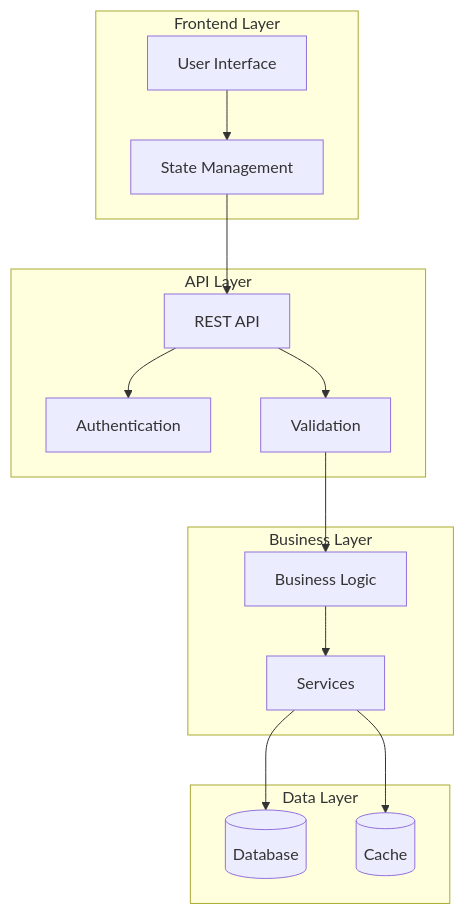
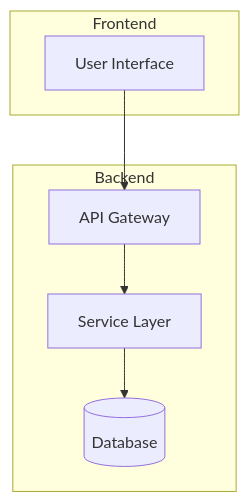
Before and after one commit to giovanemere/poc-icbs: the diagram in docs/architecture.md, drawn with Mermaid. The commit also changed other lines of this file and 4 other files, not shown here.

````diff
--- a/docs/architecture.md
+++ b/docs/architecture.md
@@ -9,32 +29,16 @@
 ```mermaid
 graph TB
-    subgraph "Frontend Layer"
+    subgraph "Frontend"
         UI[User Interface]
-        STATE[State Management]
     end
     
-    subgraph "API Layer"
-        API[REST API]
-        AUTH[Authentication]
-        VALID[Validation]
+    subgraph "Backend"
+        API[API Gateway]
+        SVC[Service Layer]
+        DB[(Database)]
     end
     
-    subgraph "Business Layer"
-        BL[Business Logic]
-        SERV[Services]
-    end
-    
-    subgraph "Data Layer"
-        DB[(Database)]
-        CACHE[(Cache)]
-    end
-    
-    UI --> STATE
-    STATE --> API
-    API --> AUTH
-    API --> VALID
-    VALID --> BL
-    BL --> SERV
-    SERV --> DB
-    SERV --> CACHE
+    UI --> API
+    API --> SVC
+    SVC --> DB
 ```
````
